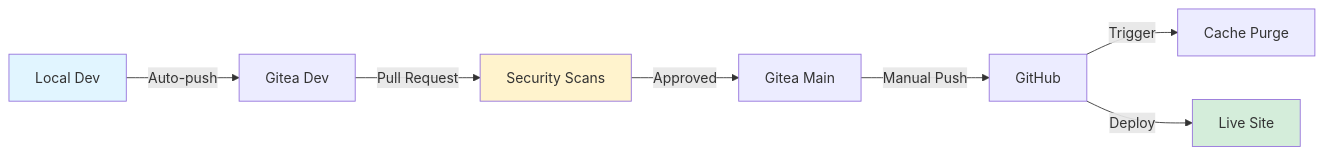
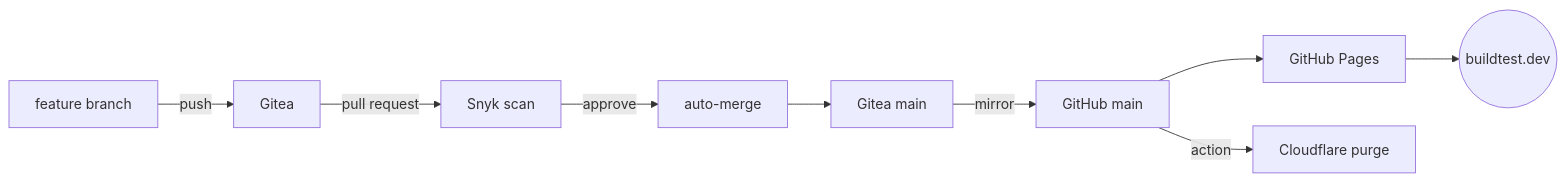
One commit to jupitertechAU/buildtestdev-simple changed the diagram in README.md. Above: the diagram before and after it, drawn with Mermaid. The commit also changed other lines of this file and 1 other file, not shown here.

Commit message:
Rewrite README: Snyk + feature-branch + auto-merge flow, dedupe diagrams

````diff
--- a/README.md
+++ b/README.md
@@ -22,12 +22,11 @@
 ```mermaid
 graph LR
-    A[Local Dev] -->|Auto-push| B[Gitea Dev]
-    B -->|Pull Request| C[Security Scans]
-    C -->|Approved| D[Gitea Main]
-    D -->|Manual Push| E[GitHub]
-    E -->|Trigger| F[Cache Purge]
-    E -->|Deploy| G[Live Site]
-    style A fill:#e1f5ff
-    style C fill:#fff3cd
-    style G fill:#d4edda
+    A[feature branch] -->|push| B[Gitea]
+    B -->|pull request| C[Snyk scan]
+    C -->|approve| D[auto-merge]
+    D --> E[Gitea main]
+    E -->|mirror| F[GitHub main]
+    F --> G[GitHub Pages]
+    F -->|action| H[Cloudflare purge]
+    G --> I((buildtest.dev))
 ```
````
